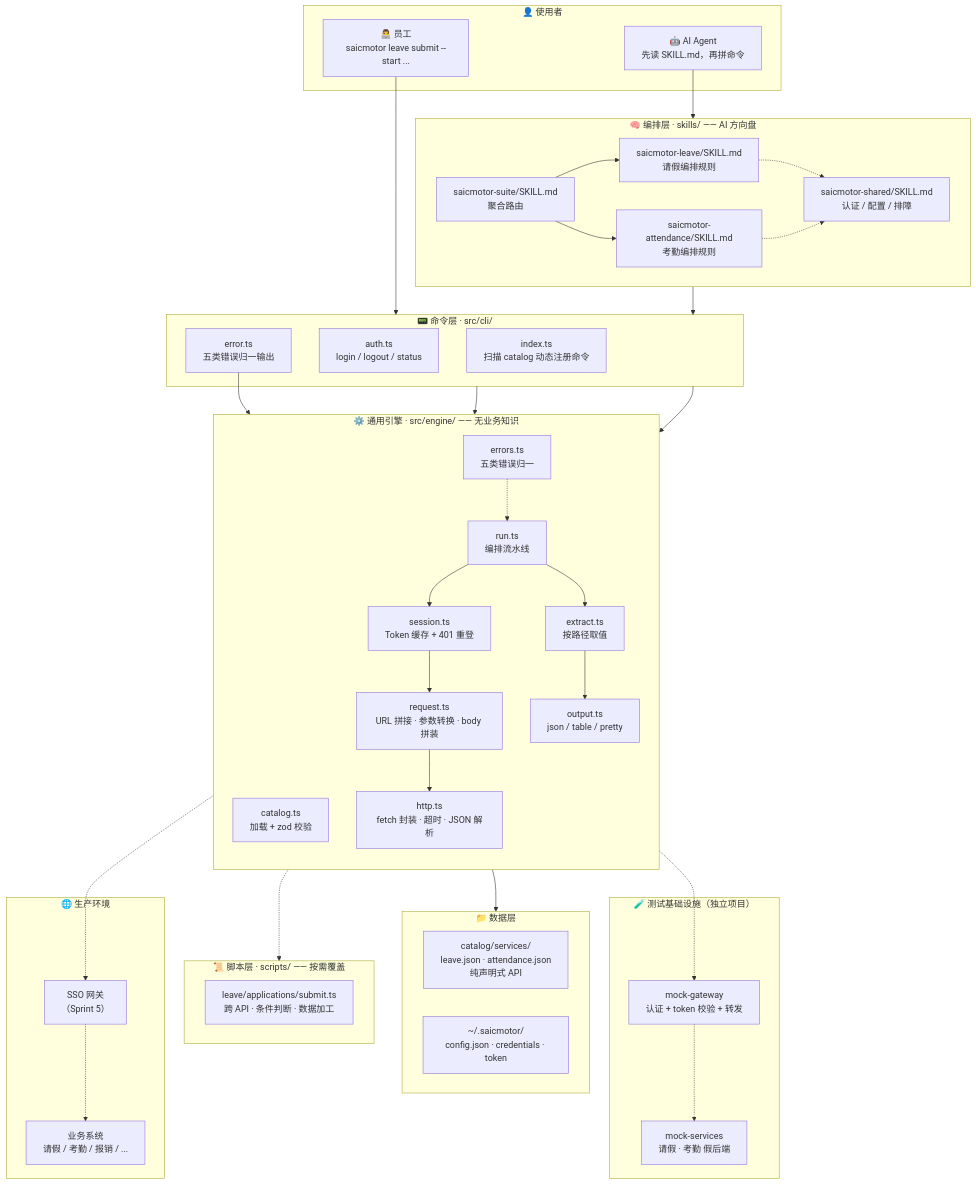
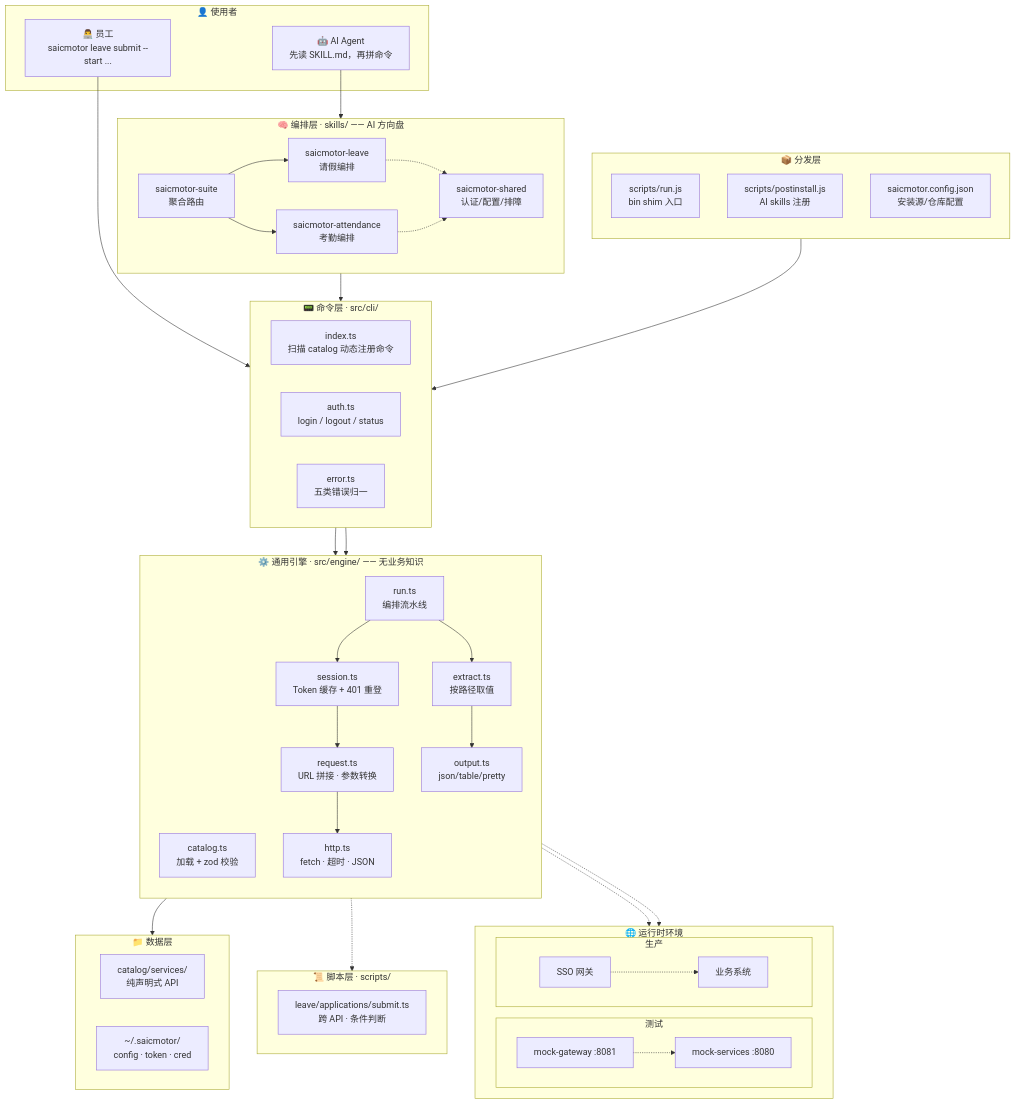
Before and after one commit to a5535772/saicmotor-cli: the first of 16 diagrams in docs/ARCHITECTURE.md, drawn with Mermaid. The commit also changed other lines of this file and 40 other files, not shown here.

````diff
--- a/docs/ARCHITECTURE.md
+++ b/docs/ARCHITECTURE.md
@@ -28,70 +31,77 @@
 ```mermaid
 flowchart TB
     subgraph USERS["👤 使用者"]
         HUMAN["👨‍💻 员工<br/>saicmotor leave submit --start ..."]
         AGENT["🤖 AI Agent<br/>先读 SKILL.md，再拼命令"]
     end
 
     subgraph SKILLS["🧠 编排层 · skills/ —— AI 方向盘"]
         direction LR
-        S_SUITE["saicmotor-suite/SKILL.md<br/>聚合路由"]
-        S_LEAVE["saicmotor-leave/SKILL.md<br/>请假编排规则"]
-        S_ATTEND["saicmotor-attendance/SKILL.md<br/>考勤编排规则"]
-        S_SHARED["saicmotor-shared/SKILL.md<br/>认证 / 配置 / 排障"]
+        S_SUITE["saicmotor-suite<br/>聚合路由"]
+        S_LEAVE["saicmotor-leave<br/>请假编排"]
+        S_ATTEND["saicmotor-attendance<br/>考勤编排"]
+        S_SHARED["saicmotor-shared<br/>认证/配置/排障"]
         S_SUITE --> S_LEAVE
         S_SUITE --> S_ATTEND
         S_LEAVE -.-> S_SHARED
         S_ATTEND -.-> S_SHARED
     end
 
     subgraph CLI["📟 命令层 · src/cli/"]
         REG["index.ts<br/>扫描 catalog 动态注册命令"]
         AUTH_CMD["auth.ts<br/>login / logout / status"]
-        ERR["error.ts<br/>五类错误归一输出"]
+        ERR["error.ts<br/>五类错误归一"]
     end
 
     subgraph ENGINE["⚙️ 通用引擎 · src/engine/ —— 无业务知识"]
         direction TB
         CAT["catalog.ts<br/>加载 + zod 校验"]
         SES["session.ts<br/>Token 缓存 + 401 重登"]
-        REQ["request.ts<br/>URL 拼接 · 参数转换 · body 拼装"]
-        HTTP["http.ts<br/>fetch 封装 · 超时 · JSON 解析"]
+        REQ["request.ts<br/>URL 拼接 · 参数转换"]
+        HTTP["http.ts<br/>fetch · 超时 · JSON"]
         EXT["extract.ts<br/>按路径取值"]
-        OUT["output.ts<br/>json / table / pretty"]
-        ERRS["errors.ts<br/>五类错误归一"]
+        OUT["output.ts<br/>json/table/pretty"]
         RUN["run.ts<br/>编排流水线"]
     end
 
     subgraph DATA["📁 数据层"]
-        CATALOG["catalog/services/<br/>leave.json · attendance.json<br/>纯声明式 API"]
-        CONFIG["~/.saicmotor/<br/>config.json · credentials · token"]
+        CATALOG["catalog/services/<br/>纯声明式 API"]
+        CONFIG["~/.saicmotor/<br/>config · token · cred"]
     end
 
-    subgraph SCRIPTS["📜 脚本层 · scripts/ —— 按需覆盖"]
-        SCRIPT["leave/applications/submit.ts<br/>跨 API · 条件判断 · 数据加工"]
+    subgraph SCRIPTS["📜 脚本层 · scripts/"]
+        SCRIPT["leave/applications/submit.ts<br/>跨 API · 条件判断"]
     end
 
-    subgraph TEST["🧪 测试基础设施（独立项目）"]
-        GW["mock-gateway<br/>认证 + token 校验 + 转发"]
-        SVC["mock-services<br/>请假 · 考勤 假后端"]
+    subgraph DIST["📦 分发层"]
+        direction TB
+        SHIM["scripts/run.js<br/>bin shim 入口"]
+        POST["scripts/postinstall.js<br/>AI skills 注册"]
+        CFG_FILE["saicmotor.config.json<br/>安装源/仓库配置"]
     end
 
-    subgraph REMOTE["🌐 生产环境"]
-        SSO["SSO 网关<br/>（Sprint 5）"]
-        BIZ["业务系统<br/>请假 / 考勤 / 报销 / ..."]
+    subgraph REMOTE["🌐 运行时环境"]
+        direction LR
+        subgraph TEST_ENV["测试"]
+            GW["mock-gateway :8081"]
+            SVC["mock-services :8080"]
+        end
+        subgraph PROD["生产"]
+            SSO["SSO 网关"]
+            BIZ["业务系统"]
+        end
     end
 
     HUMAN --> CLI
     AGENT --> SKILLS --> CLI
+    DIST --> CLI
 
     CLI --> CAT
     CAT --> DATA
     CLI --> RUN
     RUN --> SES --> REQ --> HTTP
     RUN -.-> SCRIPTS
     HTTP -.-> GW -.-> SVC
     HTTP -.-> SSO -.-> BIZ
     RUN --> EXT --> OUT
-    ERRS -.-> RUN
-    ERR --> ERRS
 ```
````
